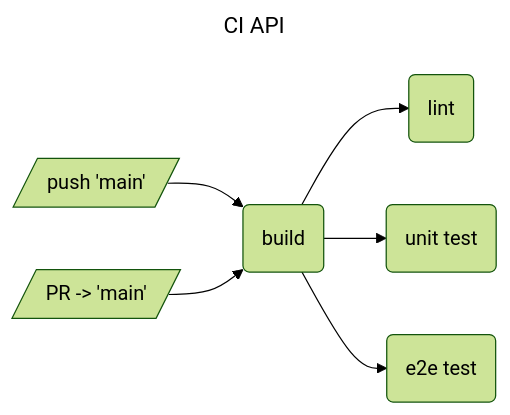
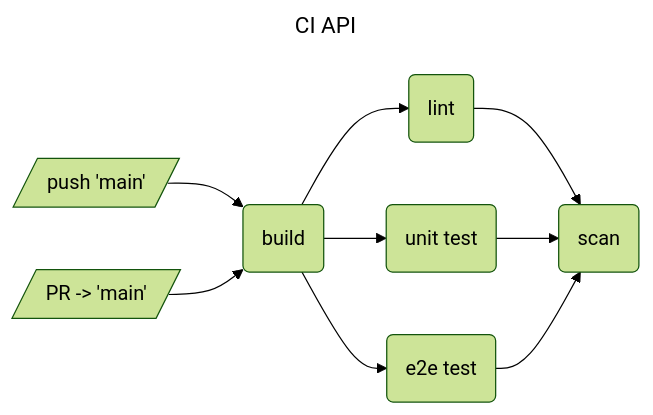
Before and after one commit to ruegerj/devops: the second of 5 diagrams in DOCUMENTATION.md, drawn with Mermaid (forest theme). The commit also changed other lines of this file and 6 other files, not shown here.

````diff
--- a/DOCUMENTATION.md
+++ b/DOCUMENTATION.md
@@ -287,18 +296,22 @@
 ```mermaid
 ---
 title: CI API
 ---
 flowchart LR
     trigger_push[/push 'main'/]
     trigger_pr[/PR -> 'main'/]
     build(build)
     lint(lint)
     test_unit(unit test)
     test_e2e(e2e test)
+    scan(scan)
 
     trigger_push --> build
     trigger_pr --> build
     build --> lint
     build --> test_unit
     build --> test_e2e
+    lint --> scan
+    test_unit --> scan
+    test_e2e --> scan
 ```
````
